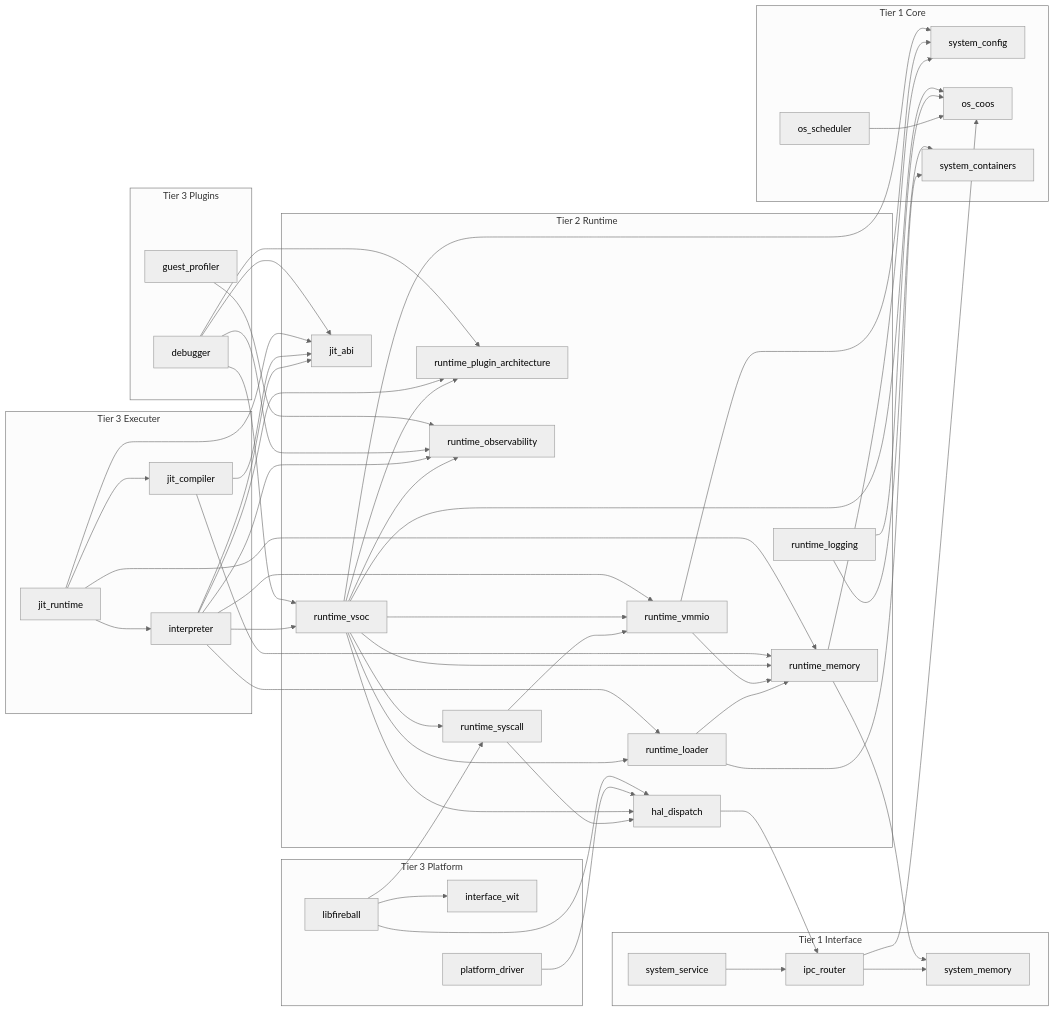
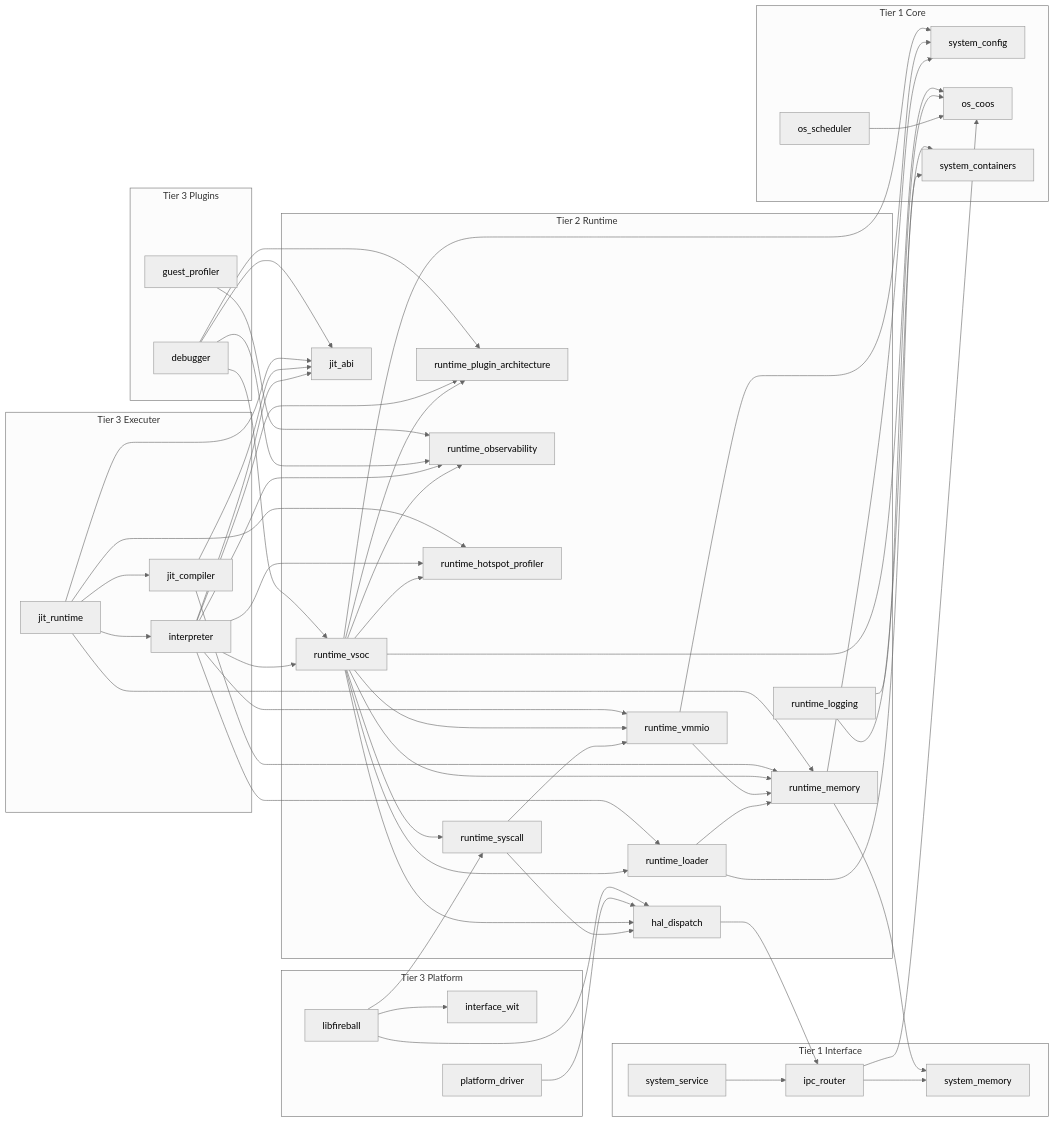
One commit to kmt-t/fireball changed the diagram in docs/architecture/architecture_overview.md. Above: the diagram before and after it, drawn with Mermaid (neutral theme). The commit also changed other lines of this file and 75 other files, not shown here.

```diff
--- a/docs/architecture/architecture_overview.md
+++ b/docs/architecture/architecture_overview.md
@@ -44,6 +44,7 @@
     hal["hal_dispatch"]
     plugin_contract["runtime_plugin_architecture"]
     observability["runtime_observability"]
+    hotspot["runtime_hotspot_profiler"]
     logging["runtime_logging"]
     jit_abi["jit_abi"]
   end
@@ -86,8 +87,10 @@
   vsoc --> hal
   vsoc --> plugin_contract
   vsoc --> observability
+  vsoc --> hotspot
   interpreter --> plugin_contract
   interpreter --> observability
+  interpreter --> hotspot
   interpreter --> vsoc
   interpreter --> loader
   interpreter --> vmmio
@@ -97,6 +100,7 @@
   jit_compiler --> jit_abi
   jit_compiler --> memory
   jit_runtime --> jit_abi
+  jit_runtime --> hotspot
   jit_runtime --> memory
   debugger --> plugin_contract
   debugger --> observability
```
